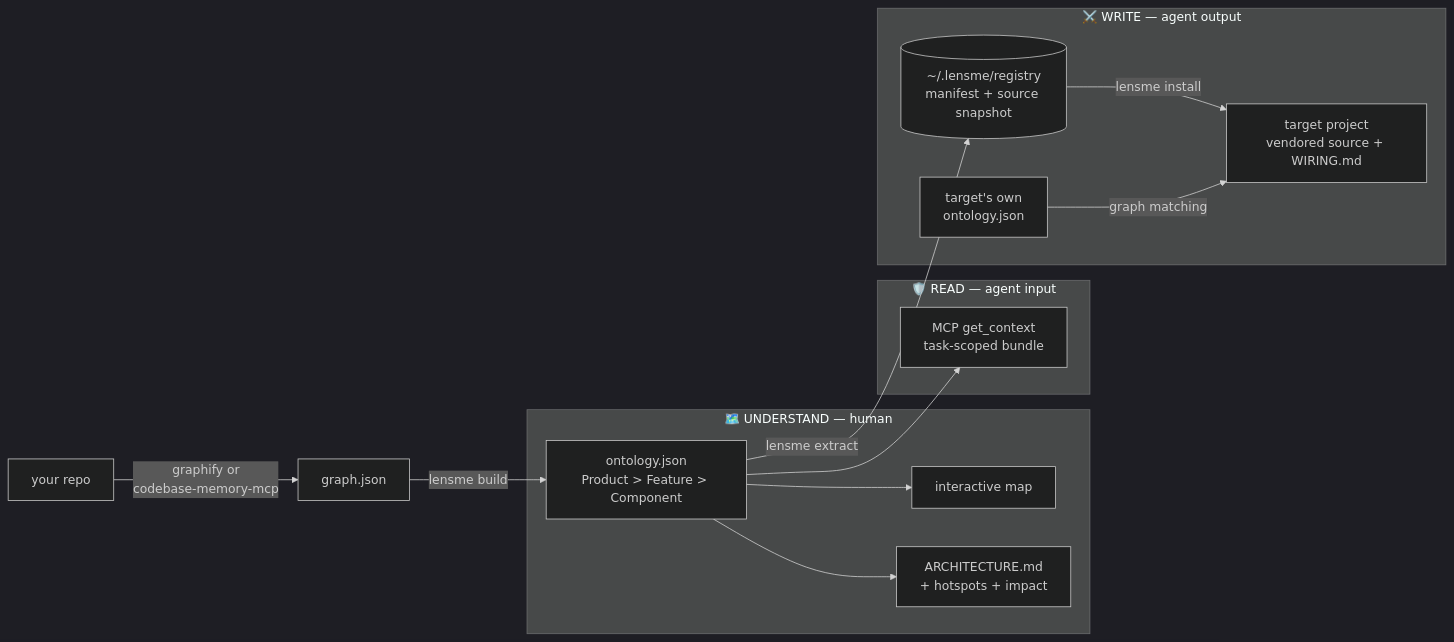
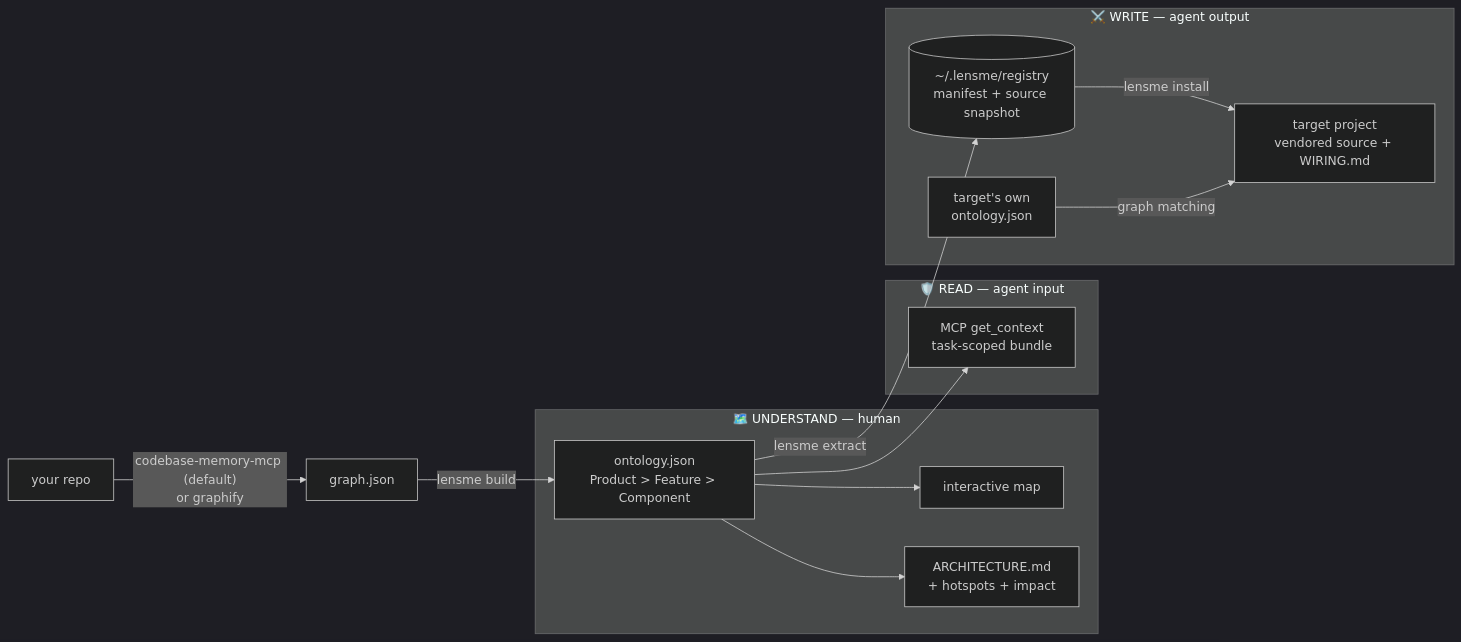
The diagram in README.md (yoon-py/CodeLens), drawn with Mermaid (dark theme) before and after one commit. The commit also changed other lines of this file and 1 other file, not shown here.

First line of the commit message:
Make codebase-memory-mcp the default scan engine

````diff
--- a/README.md
+++ b/README.md
@@ -69,20 +69,20 @@
 ```mermaid
 flowchart LR
-    R["your repo"] -->|"graphify or<br/>codebase-memory-mcp"| G["graph.json"]
+    R["your repo"] -->|"codebase-memory-mcp (default)<br/>or graphify"| G["graph.json"]
     G -->|"lensme build"| O["ontology.json<br/>Product > Feature > Component"]
 
     subgraph U["🗺️ UNDERSTAND — human"]
         O --> UI["interactive map"]
         O --> DOC["ARCHITECTURE.md<br/>+ hotspots + impact"]
     end
 
     subgraph READ["🛡️ READ — agent input"]
         O --> GC["MCP get_context<br/>task-scoped bundle"]
     end
 
     subgraph WRITE["⚔️ WRITE — agent output"]
         O -->|"lensme extract"| REG[("~/.lensme/registry<br/>manifest + source snapshot")]
         REG -->|"lensme install"| T["target project<br/>vendored source + WIRING.md"]
         TO["target's own<br/>ontology.json"] -->|"graph matching"| T
     end
 ```
````
